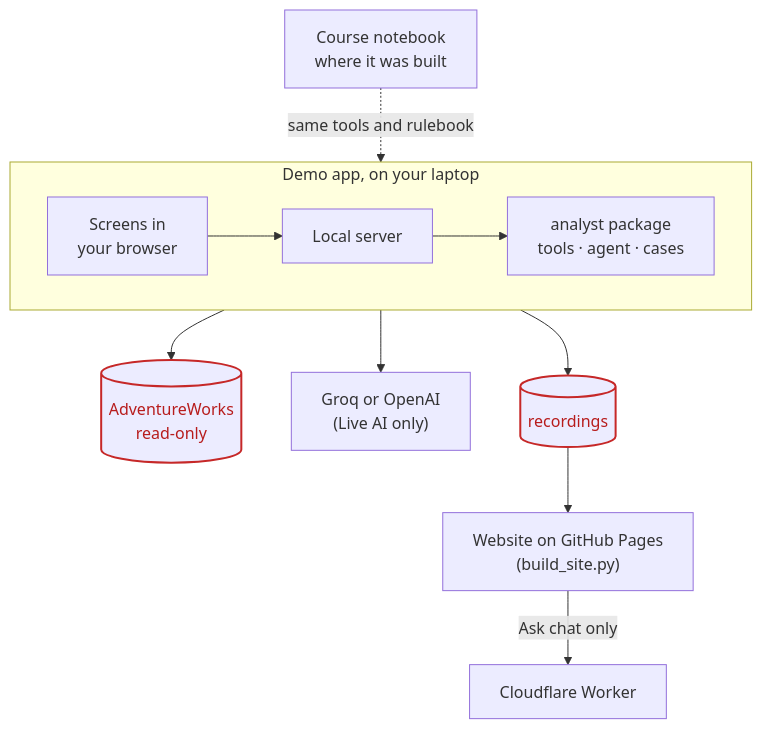
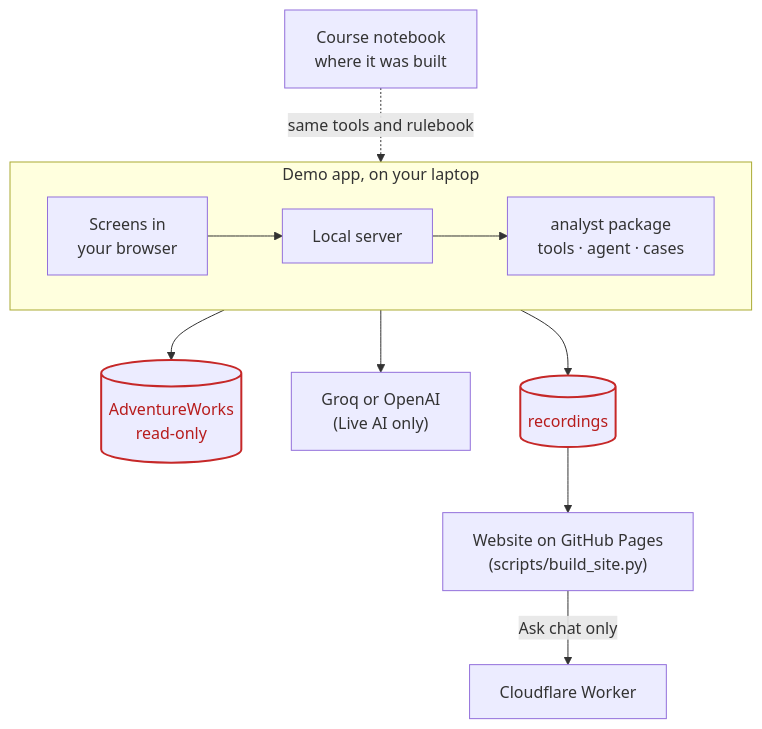
The second of 2 diagrams in docs/index.md (victorsaly/business-analyst-agent-demo), drawn with Mermaid before and after one commit. The commit also changed 42 other files, not shown here.

````diff
--- a/docs/index.md
+++ b/docs/index.md
@@ -58,16 +58,16 @@
 ```mermaid
 flowchart TB
   accTitle: What lives where
   NB["Course notebook<br/>where it was built"] -. "same tools and rulebook" .-> PK
   subgraph app["Demo app, on your laptop"]
     direction LR
     BR["Screens in<br/>your browser"] --> SV["Local server"] --> PK["analyst package<br/>tools · agent · cases"]
   end
   PK --> DB[("AdventureWorks<br/>read-only")]
   PK --> LLM["Groq or OpenAI<br/>(Live AI only)"]
   PK --> REC[("recordings")]
-  REC --> WEB["Website on GitHub Pages<br/>(build_site.py)"]
+  REC --> WEB["Website on GitHub Pages<br/>(scripts/build_site.py)"]
   WEB -- "Ask chat only" --> CW["Cloudflare Worker"]
   classDef red stroke:#c62828,stroke-width:2px,color:#b71c1c
   class DB,REC red
 ```
````
